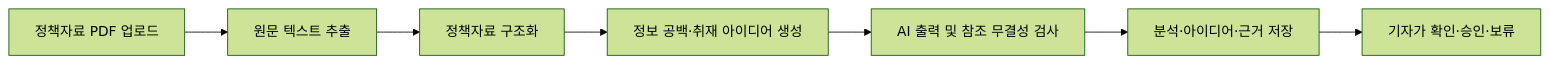
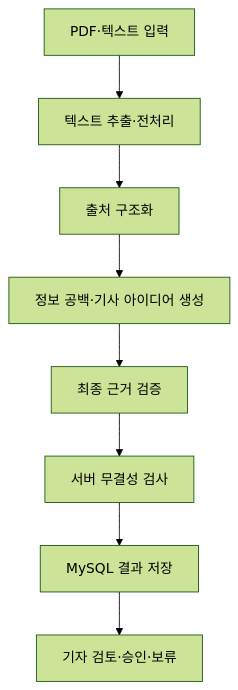
Before and after one commit to csy04x2/RGF: the second of 3 diagrams in README.md, drawn with Mermaid (forest theme). The commit also changed other lines of this file, not shown here.

````diff
--- a/README.md
+++ b/README.md
@@ -41,9 +191,10 @@
 ```mermaid
-flowchart LR
-    A[정책자료 PDF 업로드] --> B[원문 텍스트 추출]
-    B --> C[정책자료 구조화]
-    C --> D[정보 공백·취재 아이디어 생성]
-    D --> E[AI 출력 및 참조 무결성 검사]
-    E --> F[분석·아이디어·근거 저장]
-    F --> G[기자가 확인·승인·보류]
+flowchart TD
+    A["PDF·텍스트 입력"] --> B["텍스트 추출·전처리"]
+    B --> C["출처 구조화"]
+    C --> D["정보 공백·기사 아이디어 생성"]
+    D --> E["최종 근거 검증"]
+    E --> F["서버 무결성 검사"]
+    F --> G["MySQL 결과 저장"]
+    G --> H["기자 검토·승인·보류"]
 ```
````
